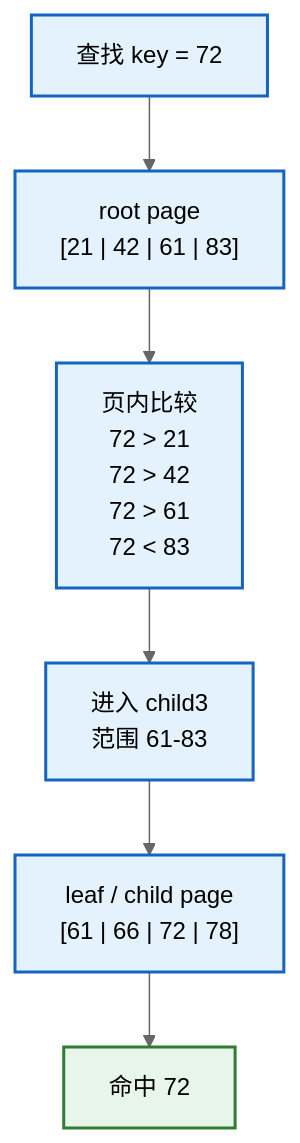
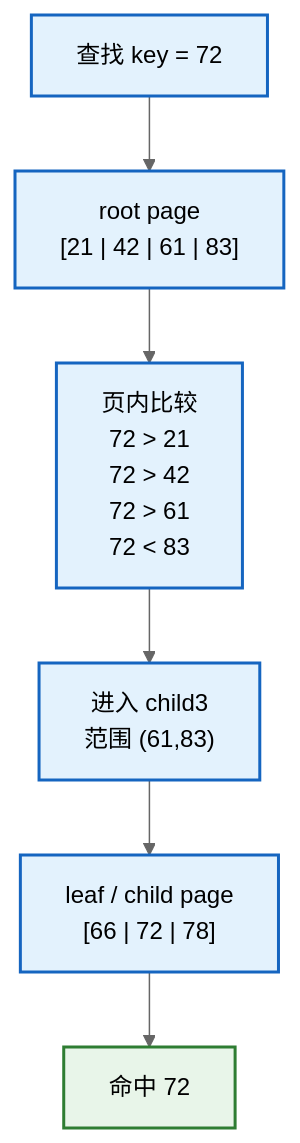
One commit to FormingSystem/linux_note changed the third of 7 diagrams in knowledge/linux/data_structures/红黑树_rb-tree/P13_再扩展到_B_树与_B+_树.md. Above: the diagram before and after it, drawn with Mermaid (neutral theme). The commit also changed other lines of this file and 10 other files, not shown here.

````diff
--- a/knowledge/linux/data_structures/红黑树_rb-tree/P13_再扩展到_B_树与_B+_树.md
+++ b/knowledge/linux/data_structures/红黑树_rb-tree/P13_再扩展到_B_树与_B+_树.md
@@ -446,16 +147,16 @@
 ```mermaid
 flowchart TD
 	start["查找 key = 72"]
 	root["root page<br/>[21 | 42 | 61 | 83]"]
 	compare["页内比较<br/>72 > 21<br/>72 > 42<br/>72 > 61<br/>72 < 83"]
-	child["进入 child3<br/>范围 61-83"]
-	leaf["leaf / child page<br/>[61 | 66 | 72 | 78]"]
+	child["进入 child3<br/>范围 (61,83)"]
+	leaf["leaf / child page<br/>[66 | 72 | 78]"]
 	hit["命中 72"]
 
 	start --> root --> compare --> child --> leaf --> hit
 
 	classDef step fill:#e3f2fd,stroke:#1565c0,color:#000,stroke-width:2px;
 	classDef hit fill:#e8f5e9,stroke:#2e7d32,color:#000,stroke-width:2px;
 	class start,root,compare,child,leaf step;
 	class hit hit;
 ```
````
